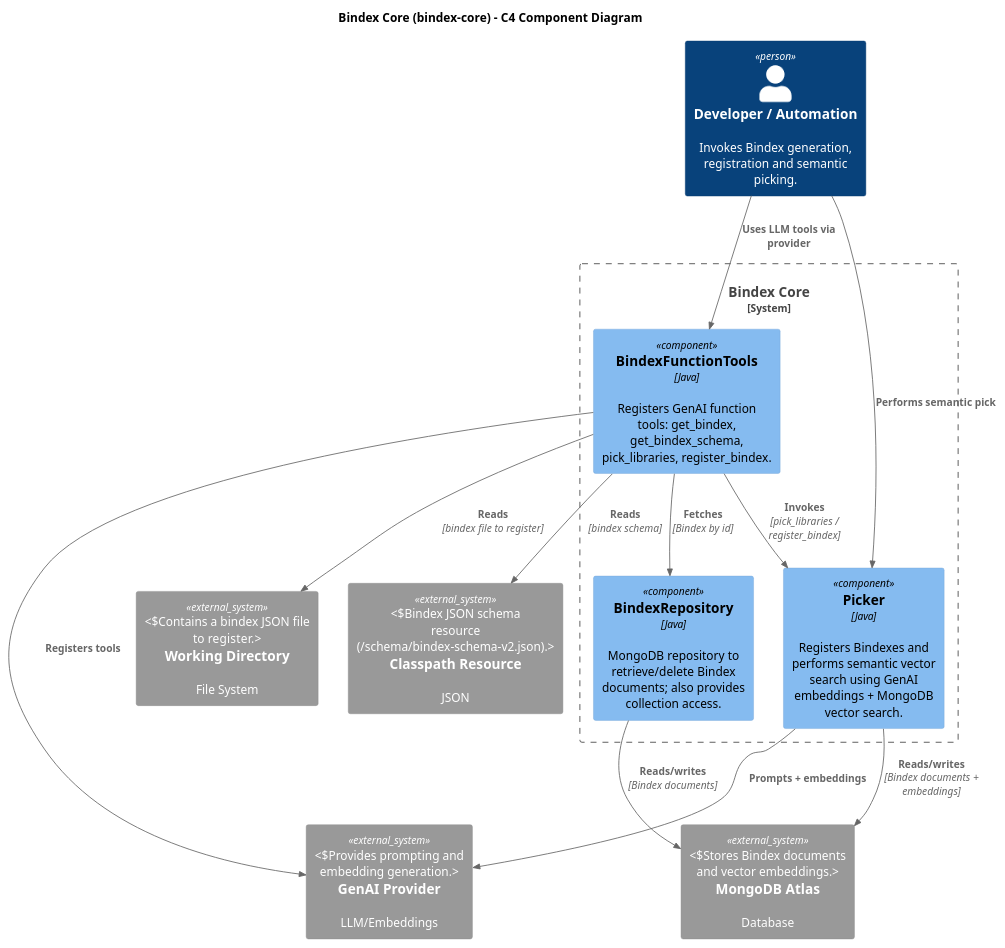
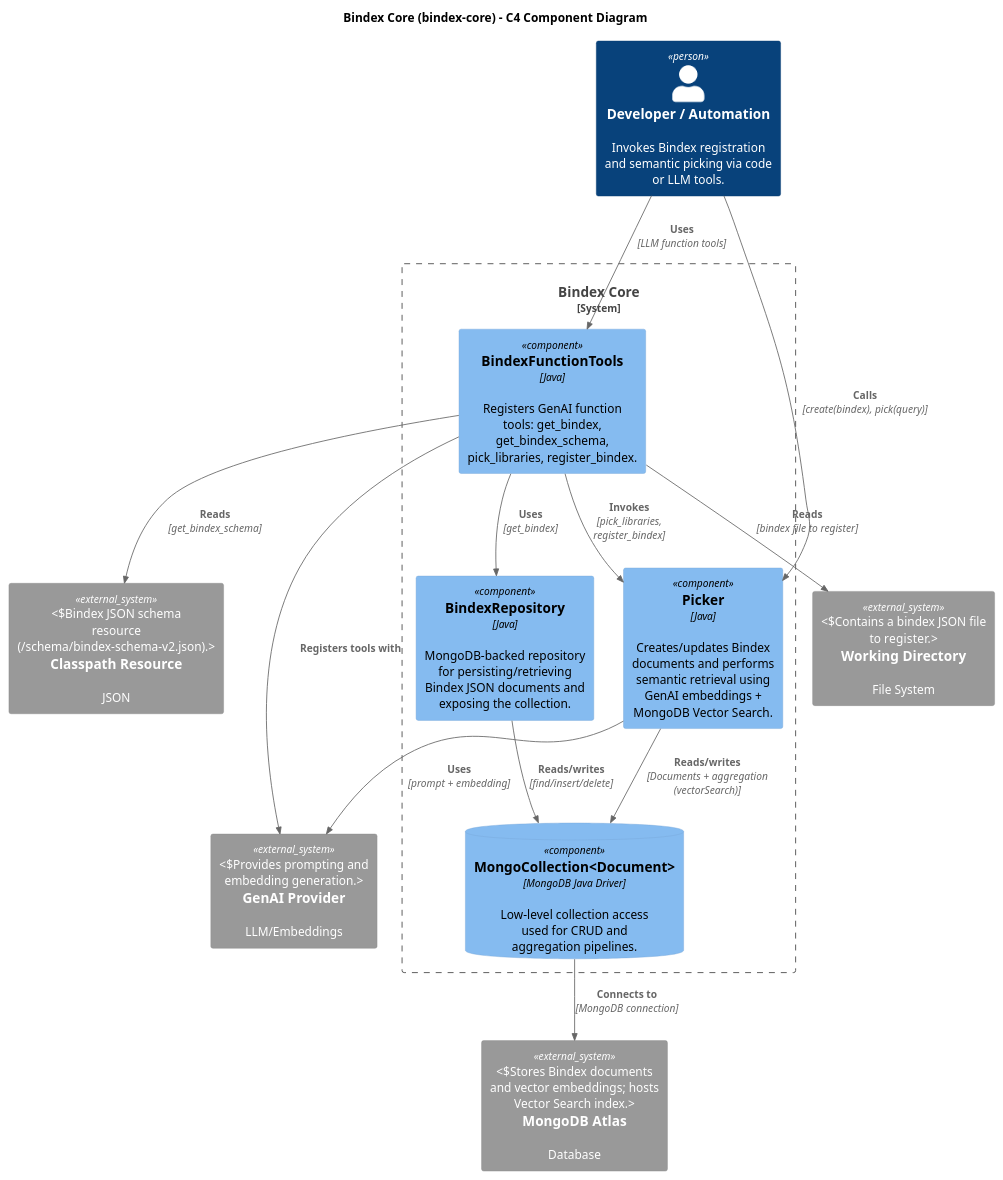
Before and after one commit to machanism-org/machai: the diagram in bindex-core/src/site/puml/c4-diagram.puml, drawn with PlantUML. The commit also changed 62 other files, not shown here.

```diff
--- a/bindex-core/src/site/puml/c4-diagram.puml
+++ b/bindex-core/src/site/puml/c4-diagram.puml
@@ -11,33 +11,37 @@
 @startuml
 !include https://raw.githubusercontent.com/plantuml-stdlib/C4-PlantUML/master/C4_Component.puml
 
 title Bindex Core (bindex-core) - C4 Component Diagram
 
-Person(user, "Developer / Automation", "Invokes Bindex generation, registration and semantic picking.")
+Person(user, "Developer / Automation", "Invokes Bindex registration and semantic picking via code or LLM tools.")
 
 System_Boundary(bc, "Bindex Core") {
-  Component(picker, "Picker", "Java", "Registers Bindexes and performs semantic vector search using GenAI embeddings + MongoDB vector search.")
-  Component(bindexRepository, "BindexRepository", "Java", "MongoDB repository to retrieve/delete Bindex documents; also provides collection access.")
+  Component(picker, "Picker", "Java", "Creates/updates Bindex documents and performs semantic retrieval using GenAI embeddings + MongoDB Vector Search.")
+  Component(bindexRepository, "BindexRepository", "Java", "MongoDB-backed repository for persisting/retrieving Bindex JSON documents and exposing the collection.")
   Component(functionTools, "BindexFunctionTools", "Java", "Registers GenAI function tools: get_bindex, get_bindex_schema, pick_libraries, register_bindex.")
+
+  ComponentDb(mongoCollection, "MongoCollection<Document>", "MongoDB Java Driver", "Low-level collection access used for CRUD and aggregation pipelines.")
 }
 
 System_Ext(genai, "GenAI Provider", "LLM/Embeddings", "Provides prompting and embedding generation.")
-System_Ext(mongo, "MongoDB Atlas", "Database", "Stores Bindex documents and vector embeddings.")
+System_Ext(mongo, "MongoDB Atlas", "Database", "Stores Bindex documents and vector embeddings; hosts Vector Search index.")
 System_Ext(projectFs, "Working Directory", "File System", "Contains a bindex JSON file to register.")
 System_Ext(schemaRes, "Classpath Resource", "JSON", "Bindex JSON schema resource (/schema/bindex-schema-v2.json).")
 
-Rel(user, picker, "Performs semantic pick")
-Rel(user, functionTools, "Uses LLM tools via provider")
+Rel(user, picker, "Calls", "create(bindex), pick(query)")
+Rel(user, functionTools, "Uses", "LLM function tools")
 
-Rel(picker, genai, "Prompts + embeddings")
-Rel(picker, mongo, "Reads/writes", "Bindex documents + embeddings")
+Rel(picker, genai, "Uses", "prompt + embedding")
+Rel(picker, mongoCollection, "Reads/writes", "Documents + aggregation (vectorSearch)")
 
-Rel(bindexRepository, mongo, "Reads/writes", "Bindex documents")
+Rel(bindexRepository, mongoCollection, "Reads/writes", "find/insert/delete")
 
-Rel(functionTools, genai, "Registers tools")
-Rel(functionTools, bindexRepository, "Fetches", "Bindex by id")
-Rel(functionTools, schemaRes, "Reads", "bindex schema")
-Rel(functionTools, picker, "Invokes", "pick_libraries / register_bindex")
+Rel(functionTools, genai, "Registers tools with")
+Rel(functionTools, bindexRepository, "Uses", "get_bindex")
+Rel(functionTools, schemaRes, "Reads", "get_bindex_schema")
+Rel(functionTools, picker, "Invokes", "pick_libraries, register_bindex")
 Rel(functionTools, projectFs, "Reads", "bindex file to register")
 
+Rel(mongoCollection, mongo, "Connects to", "MongoDB connection")
+
 @enduml
```
